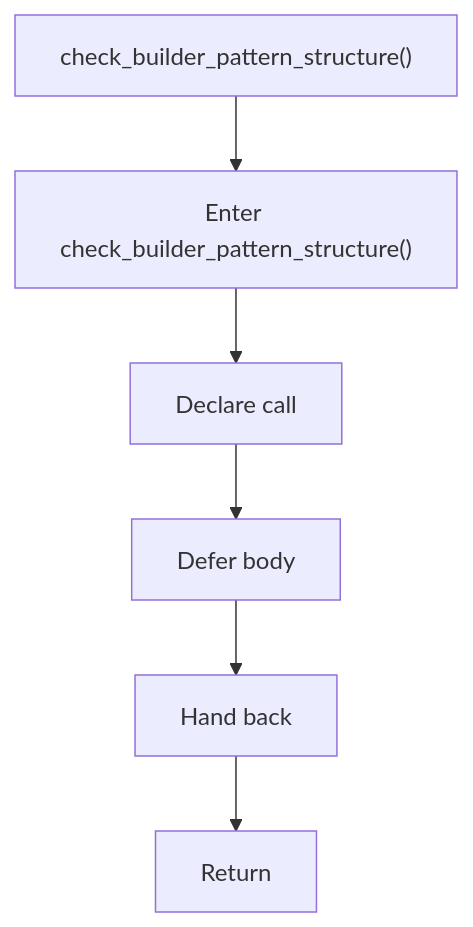
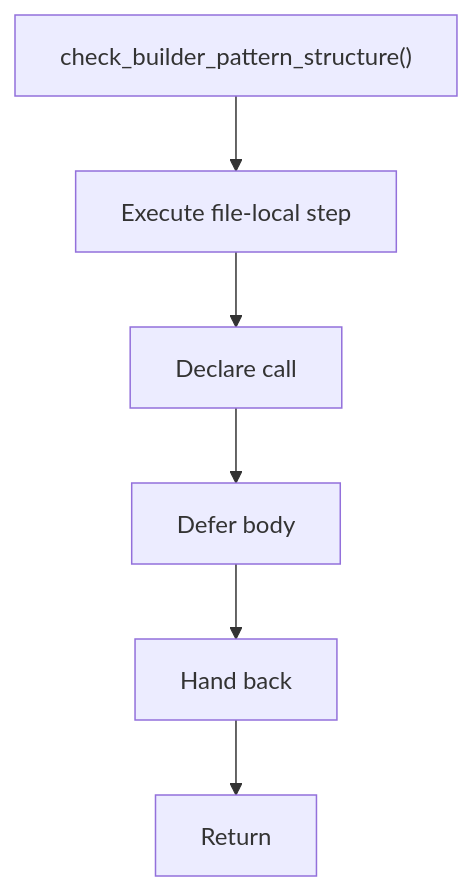
Before and after one commit to JohnAndrewBalbarosa/NeoTerritory: the fifth of 6 diagrams in docs/Codebase/Microservice/Modules/Header/SyntacticBrokenAST/Analysis/Patterns/Creational/Builder/core.hpp.md, drawn with Mermaid. The commit also changed other lines of this file and 915 other files, not shown here.

````diff
--- a/docs/Codebase/Microservice/Modules/Header/SyntacticBrokenAST/Analysis/Patterns/Creational/Builder/core.hpp.md
+++ b/docs/Codebase/Microservice/Modules/Header/SyntacticBrokenAST/Analysis/Patterns/Creational/Builder/core.hpp.md
@@ -157,14 +156,14 @@
 ```mermaid
 flowchart TD
     Start["check_builder_pattern_structure()"]
-    N0["Enter check_builder_pattern_structure()"]
+    N0["Execute file-local step"]
     N1["Declare call"]
     N2["Defer body"]
     N3["Hand back"]
     End["Return"]
     Start --> N0
     N0 --> N1
     N1 --> N2
     N2 --> N3
     N3 --> End
 ```
````
